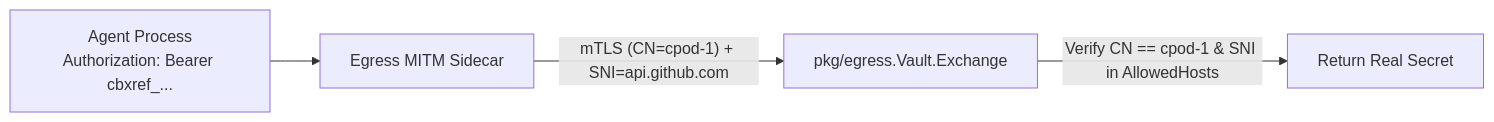
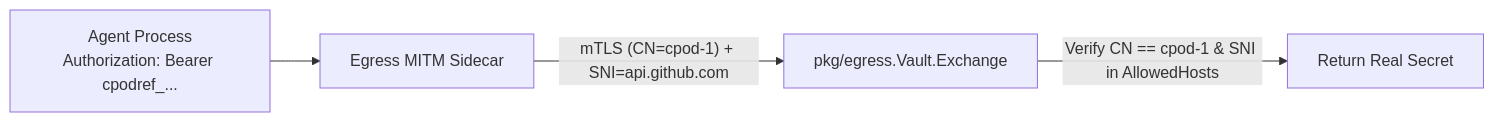
One commit to cubeplexai/cubepod changed the diagram in docs/enhancements/0005-zero-trust-egress-and-sdk/README.md. Above: the diagram before and after it, drawn with Mermaid. The commit also changed other lines of this file and 16 other files, not shown here.

Commit message:
refactor(egress): rename secret placeholder prefix cbxref_ -> cpodref_

````diff
--- a/docs/enhancements/0005-zero-trust-egress-and-sdk/README.md
+++ b/docs/enhancements/0005-zero-trust-egress-and-sdk/README.md
@@ -106,6 +106,6 @@
 ```mermaid
 flowchart LR
-    Agent["Agent Process<br/>Authorization: Bearer cbxref_..."] --> Sidecar["Egress MITM Sidecar"]
+    Agent["Agent Process<br/>Authorization: Bearer cpodref_..."] --> Sidecar["Egress MITM Sidecar"]
     Sidecar -- "mTLS (CN=cpod-1) + SNI=api.github.com" --> Vault["pkg/egress.Vault.Exchange"]
     Vault -- "Verify CN == cpod-1 & SNI in AllowedHosts" --> Secret["Return Real Secret"]
 ```
````
